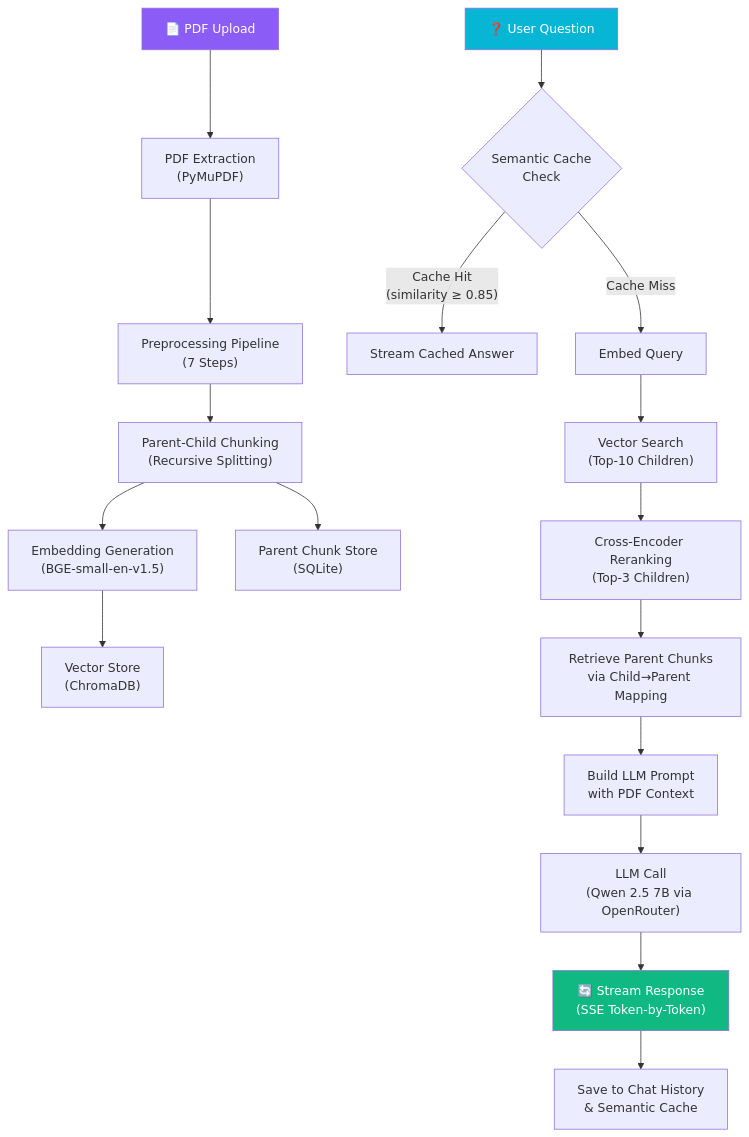
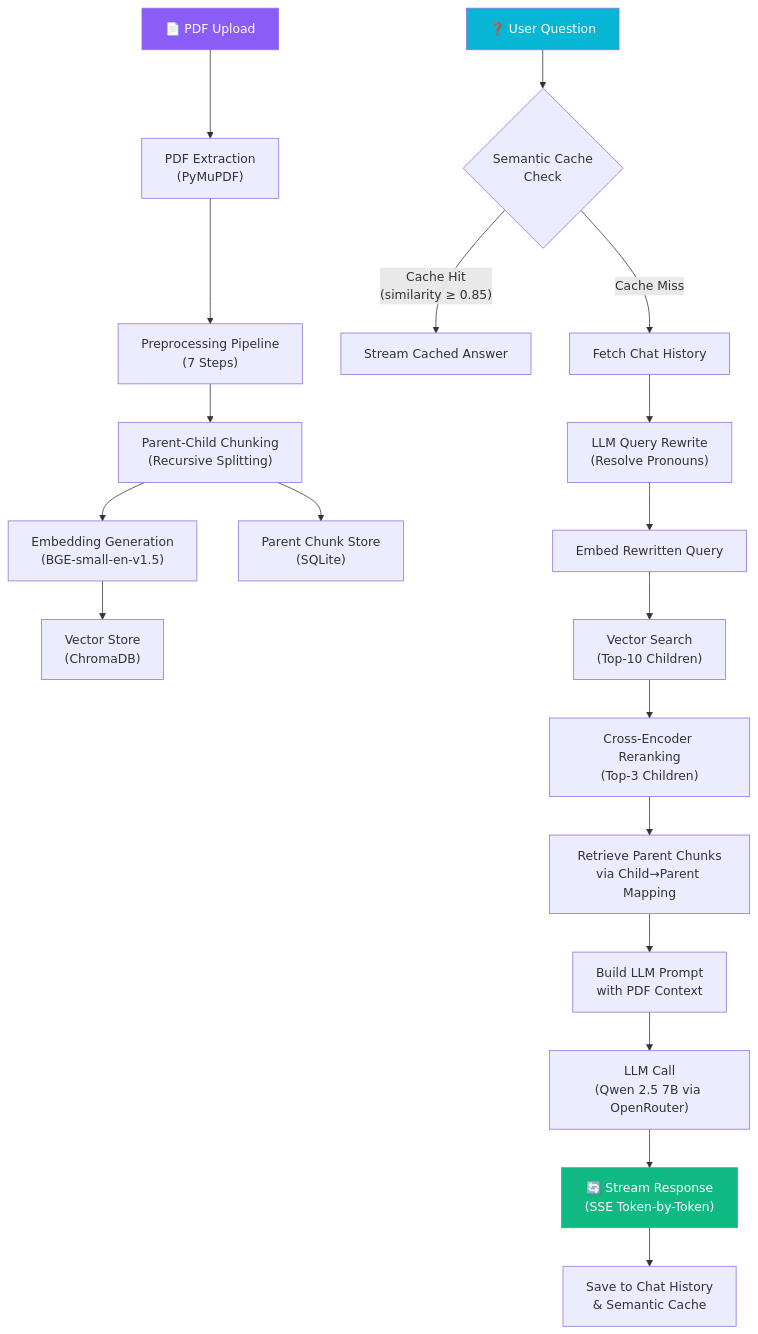
Before and after one commit to Abdulwahab30/NB-LLM: the diagram in README.md, drawn with Mermaid. The commit also changed other lines of this file and 1 other file, not shown here.

Commit message:
Implement multi-turn conversation memory with LLM-based query rewriting and update model to z-ai/glm-5.1

````diff
--- a/README.md
+++ b/README.md
@@ -11,24 +11,26 @@
 ```mermaid
 flowchart TD
     A["📄 PDF Upload"] --> B["PDF Extraction<br/>(PyMuPDF)"]
     B --> C["Preprocessing Pipeline<br/>(7 Steps)"]
     C --> D["Parent-Child Chunking<br/>(Recursive Splitting)"]
     D --> E["Embedding Generation<br/>(BGE-small-en-v1.5)"]
     E --> F["Vector Store<br/>(ChromaDB)"]
     D --> G["Parent Chunk Store<br/>(SQLite)"]
 
     H["❓ User Question"] --> I{"Semantic Cache<br/>Check"}
     I -- "Cache Hit<br/>(similarity ≥ 0.85)" --> J["Stream Cached Answer"]
-    I -- "Cache Miss" --> K["Embed Query"]
+    I -- "Cache Miss" --> K1["Fetch Chat History"]
+    K1 --> K2["LLM Query Rewrite<br/>(Resolve Pronouns)"]
+    K2 --> K["Embed Rewritten Query"]
     K --> L["Vector Search<br/>(Top-10 Children)"]
     L --> M["Cross-Encoder Reranking<br/>(Top-3 Children)"]
     M --> N["Retrieve Parent Chunks<br/>via Child→Parent Mapping"]
     N --> O["Build LLM Prompt<br/>with PDF Context"]
     O --> P["LLM Call<br/>(Qwen 2.5 7B via OpenRouter)"]
     P --> Q["🔄 Stream Response<br/>(SSE Token-by-Token)"]
     Q --> R["Save to Chat History<br/>& Semantic Cache"]
 
     style A fill:#8b5cf6,color:#fff
     style H fill:#06b6d4,color:#fff
     style Q fill:#10b981,color:#fff
 ```
````
